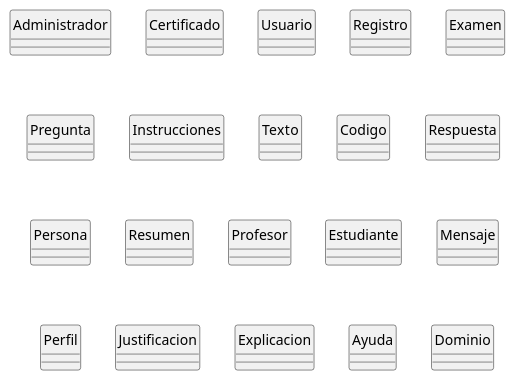
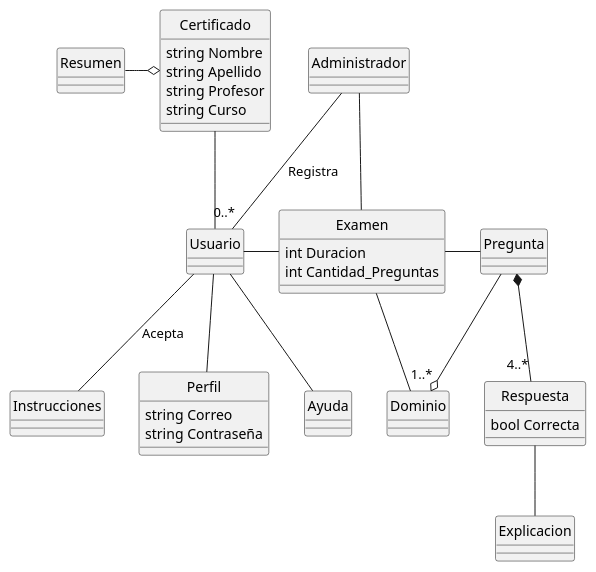
Before and after one commit to TheSProyect/Ingenieria-de-Software: the diagram in Project-ClassDiagram.plantuml, drawn with PlantUML.

```diff
--- a/Project-ClassDiagram.plantuml
+++ b/Project-ClassDiagram.plantuml
@@ -1,45 +1,69 @@
 @startuml 
 
 skinparam style strictuml
 
 class "Administrador" as Admin
 
-class "Certificado" as Certify
+class "Certificado" as Certify {
+    string Nombre
+    string Apellido
+    string Profesor
+    string Curso
+
+}
 
 class "Usuario" as User
 
-class "Registro" as Register
-
-class "Examen" as Exam
+class "Examen" as Exam {
+    int Duracion 
+    int Cantidad_Preguntas
+}
 
 class "Pregunta" as Question
 
 class "Instrucciones" as Instructions
 
-class "Texto" as Text
-
-class "Codigo" as Code
-
-class "Respuesta" as Answer
-
-class "Persona" as Human
+class "Respuesta" as Answer{
+    bool Correcta
+}
 
 class "Resumen" as Summary
 
-class "Profesor" as Teacher
-
-class "Estudiante" as Student
-
-class "Mensaje" as Message
-
-class "Perfil" as Profile
-
-class "Justificacion" as Justification
+class "Perfil" as Profile {
+    string Correo
+    string Contraseña
+}
 
 class "Explicacion" as Explanation
 
 class "Ayuda" as Help
 
 class "Dominio" as Domain
 
+Exam -- Domain
+
+User -- Profile
+
+Answer -- Explanation
+
+Admin -- Exam
+
+Admin -- "0..*" User : Registra
+
+User -- Instructions : Acepta
+
+Question *-- "4..*" Answer 
+
+User -r- Exam
+
+User -- Help
+
+Exam -r- Question
+
+Question --o "1..*" Domain
+
+Summary -r-o Certify
+
+Certify -- User
+
 @enduml
```
